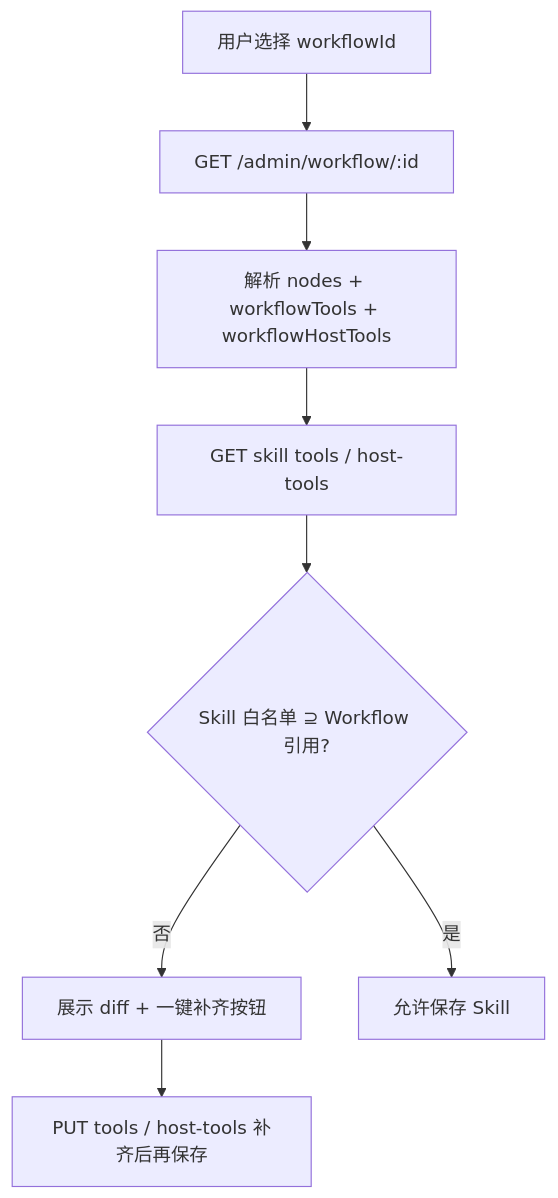
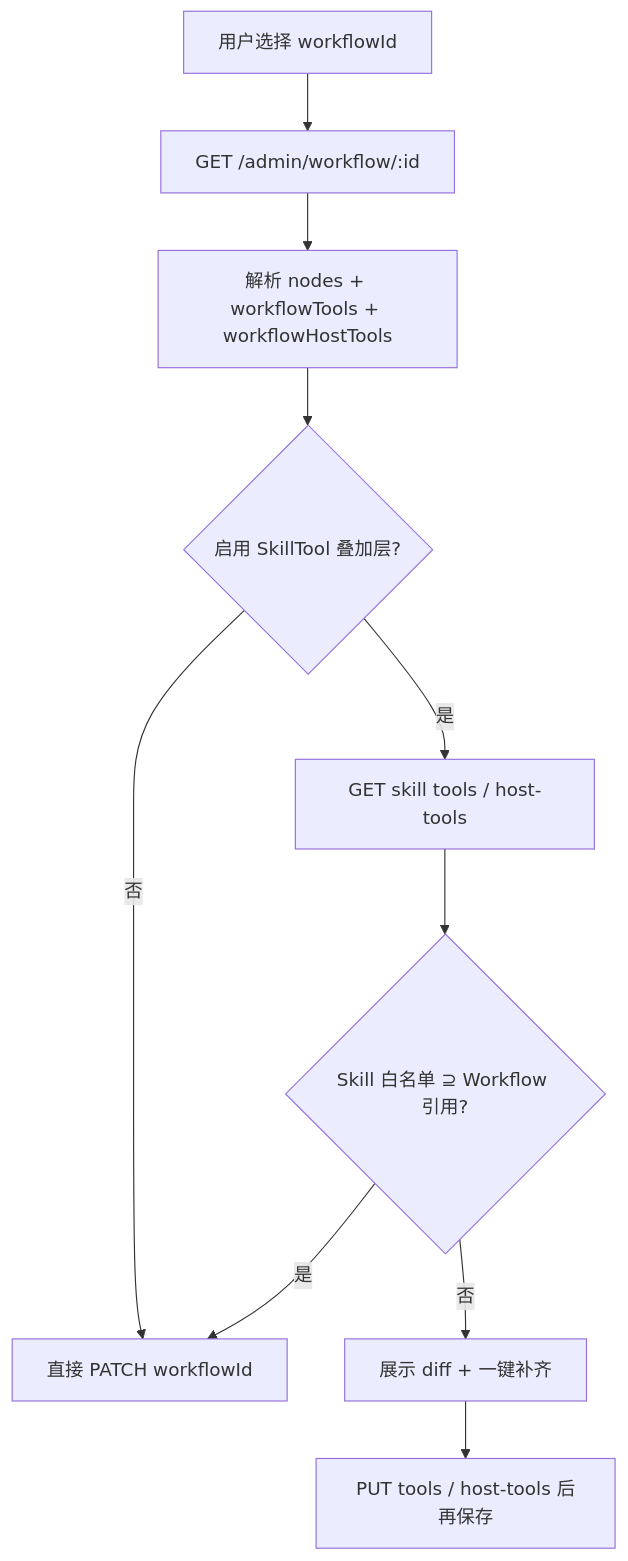
The third of 3 diagrams in v2/docs/frontend-b-end-workflow-integration-spec.md (cly-dev/ai-agent), drawn with Mermaid before and after one commit. The commit also changed other lines of this file and 221 other files, not shown here.

````diff
--- a/v2/docs/frontend-b-end-workflow-integration-spec.md
+++ b/v2/docs/frontend-b-end-workflow-integration-spec.md
@@ -328,10 +340,12 @@
 ```mermaid
 flowchart TD
   A[用户选择 workflowId] --> B[GET /admin/workflow/:id]
   B --> C[解析 nodes + workflowTools + workflowHostTools]
-  C --> D[GET skill tools / host-tools]
-  D --> E{Skill 白名单 ⊇ Workflow 引用?}
-  E -->|否| F[展示 diff + 一键补齐按钮]
-  E -->|是| G[允许保存 Skill]
-  F --> H[PUT tools / host-tools 补齐后再保存]
+  C --> D{启用 SkillTool 叠加层?}
+  D -->|否| G[直接 PATCH workflowId]
+  D -->|是| E[GET skill tools / host-tools]
+  E --> F{Skill 白名单 ⊇ Workflow 引用?}
+  F -->|否| H[展示 diff + 一键补齐]
+  F -->|是| G
+  H --> I[PUT tools / host-tools 后再保存]
 ```
````
